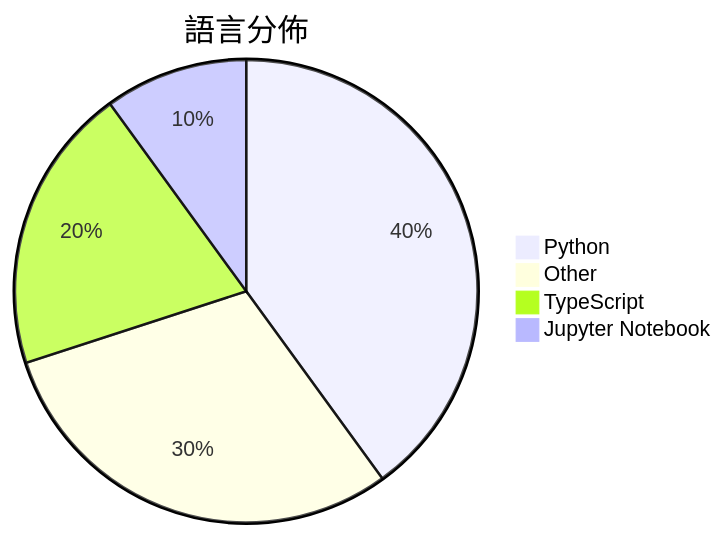
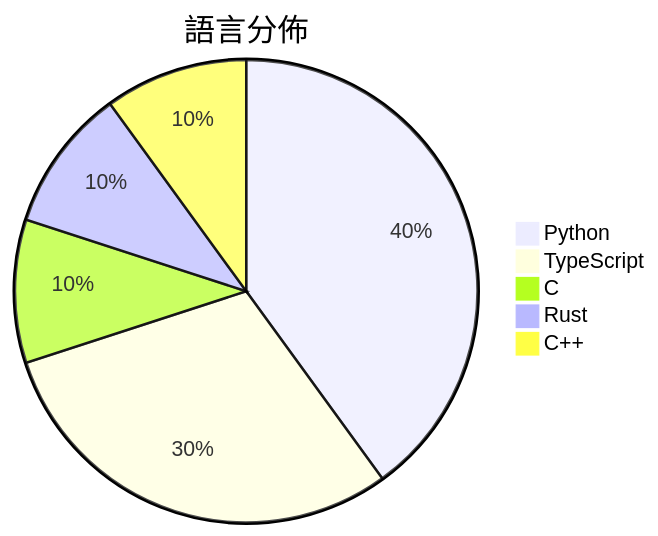
The diagram in Daily/2026-03-11.md (Lucasnocodo/github-trending-obsidian), drawn with Mermaid before and after one commit. The commit also changed other lines of this file and 65 other files, not shown here.

````diff
--- a/Daily/2026-03-11.md
+++ b/Daily/2026-03-11.md
@@ -20,7 +20,8 @@
 ```mermaid
 pie title 語言分佈
     "Python" : 4
-    "Other" : 3
-    "TypeScript" : 2
-    "Jupyter Notebook" : 1
+    "TypeScript" : 3
+    "C" : 1
+    "Rust" : 1
+    "C++" : 1
 ```
````
